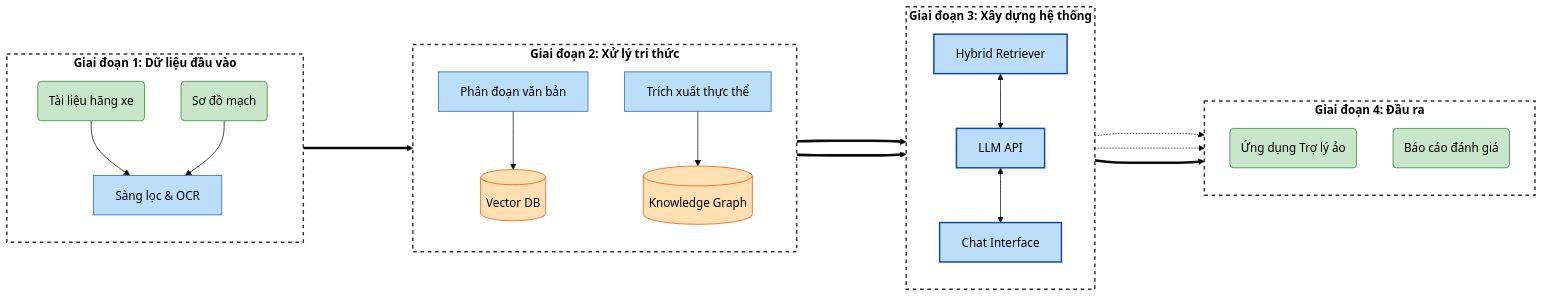
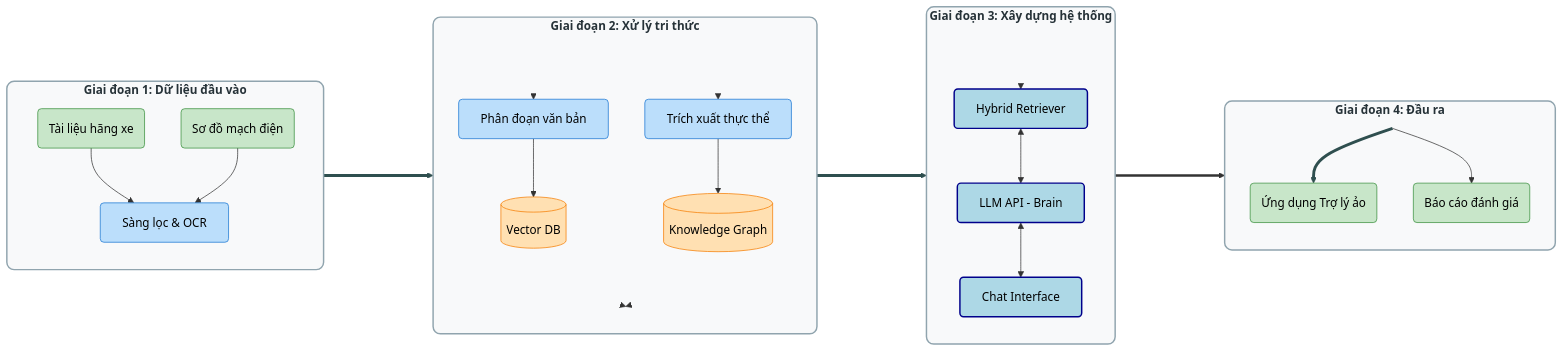
One commit to nguyenluan123450990-ship-it/quy-trinh-so-do changed the diagram in README.md. Above: the diagram before and after it, drawn with Mermaid.

````diff
--- a/README.md
+++ b/README.md
@@ -1,72 +1,99 @@
 ```mermaid
-%%{init: {'theme': 'base', 'themeVariables': { 'primaryColor': '#e3f2fd', 'edgeLabelBackground':'#ffffff', 'tertiaryColor': '#fff3e0'}}}%%
+%%{init: {
+  'theme': 'base',
+  'themeVariables': {
+    'primaryColor': '#e1f5fe',
+    'secondaryColor': '#fff3e0',
+    'tertiaryColor': '#e8f5e9',
+    'mainBkg': '#ffffff',
+    'nodeBorder': '#455a64',
+    'clusterBkg': '#f5f5f5',
+    'clusterBorder': '#90a4ae',
+    'lineColor': '#546e7a',
+    'fontFamily': 'arial, sans-serif'
+  }
+}%%
 graph LR
-    %% --- ĐỊNH NGHĨA STYLE (Làm đẹp) ---
-    classDef container fill:#ffffff,stroke:#333,stroke-width:2px,stroke-dasharray: 5 5,color:#000,font-weight:bold;
-    classDef process fill:#bbdefb,stroke:#1565c0,stroke-width:1px,color:#000;
-    classDef storage fill:#ffe0b2,stroke:#e65100,stroke-width:1px,color:#000,shape:cylinder;
-    classDef inputOutput fill:#c8e6c9,stroke:#2e7d32,stroke-width:1px,color:#000,shape:rect;
+    %% --- ĐỊNH NGHĨA STYLE ---
+    classDef container fill:#f8f9fa,stroke:#90a4ae,stroke-width:2px,rx:10,ry:10,color:#263238,font-weight:bold;
+    classDef process fill:#bbdefb,stroke:#1976d2,stroke-width:1px,rx:5,ry:5,color:#000;
+    classDef storage fill:#ffe0b2,stroke:#f57c00,stroke-width:1px,color:#000,shape:cylinder;
+    classDef inputOutput fill:#c8e6c9,stroke:#388e3c,stroke-width:1px,rx:5,ry:5,color:#000,shape:rect;
+    classDef emptybox width:0px,height:0px,fill:none,stroke:none;
 
     %% --- BẮT ĐẦU SƠ ĐỒ ---
 
     %% Giai đoạn 1
-    subgraph G1 [Giai đoạn 1: Dữ liệu đầu vào]
+    subgraph G1 [  Giai đoạn 1: Dữ liệu đầu vào  ]
         direction TB
         I1(Tài liệu hãng xe):::inputOutput
-        I2(Sơ đồ mạch):::inputOutput
+        I2(Sơ đồ mạch điện):::inputOutput
         P1[Sàng lọc & OCR]:::process
         I1 --> P1
         I2 --> P1
     end
 
-    %% Mũi tên kết nối G1 sang G2
     P1 ====> G2
 
     %% Giai đoạn 2
-    subgraph G2 [Giai đoạn 2: Xử lý tri thức]
+    subgraph G2 [  Giai đoạn 2: Xử lý tri thức  ]
         direction TB
+        startG2[ ]:::emptybox
         P2a[Phân đoạn văn bản]:::process
         P2b[Trích xuất thực thể]:::process
         DB1[(Vector DB)]:::storage
         DB2[(Knowledge Graph)]:::storage
         
+        startG2 --> P2a
+        startG2 --> P2b
         P2a --> DB1
         P2b --> DB2
+        
+        joinG2[ ]:::emptybox
+        DB1 --> joinG2
+        DB2 --> joinG2
     end
+    
+    linkStyle 3,4,7,8 stroke-width:0px,fill:none;
 
-    %% Mũi tên kết nối G2 sang G3
-    DB1 ====> G3
-    DB2 ====> G3
+    joinG2 ====> G3
 
     %% Giai đoạn 3
-    subgraph G3 [Giai đoạn 3: Xây dựng hệ thống]
+    subgraph G3 [  Giai đoạn 3: Xây dựng hệ thống  ]
         direction TB
+        startG3[ ]:::emptybox
         SYS1[Hybrid Retriever]:::process
-        SYS2[LLM API]:::process
+        SYS2[LLM API - Brain]:::process
         SYS3[Chat Interface]:::process
 
+        startG3 --> SYS1
         SYS1 <--> SYS2
         SYS2 <--> SYS3
-        %% Thêm chú thích cho luồng tương tác
-        style SYS1 stroke-width:2px,stroke:#0d47a1
-        style SYS2 stroke-width:2px,stroke:#0d47a1
-        style SYS3 stroke-width:2px,stroke:#0d47a1
+        
+        %% Style sử dụng TÊN MÀU thay vì mã Hex để tránh lỗi
+        style SYS1 stroke-width:2px,stroke:darkblue,fill:lightblue
+        style SYS2 stroke-width:2px,stroke:darkblue,fill:lightblue
+        style SYS3 stroke-width:2px,stroke:darkblue,fill:lightblue
     end
+    
+    linkStyle 10 stroke-width:0px,fill:none;
 
-    %% Mũi tên kết nối G3 sang G4
     SYS3 ====> G4
 
     %% Giai đoạn 4
-    subgraph G4 [Giai đoạn 4: Đầu ra]
+    subgraph G4 [  Giai đoạn 4: Đầu ra  ]
         direction TB
+        startG4[ ]:::emptybox
         O1(Ứng dụng Trợ lý ảo):::inputOutput
         O2(Báo cáo đánh giá):::inputOutput
+        
+        startG4 --> O1
+        startG4 --> O2
     end
 
-    %% Kết nối cuối cùng bên trong G4 (để bố cục đẹp hơn)
-    SYS3 -.-> O1
-    SYS3 -.-> O2
-
-    %% --- ÁP DỤNG STYLE CHO CÁC KHỐI ---
+    %% --- ÁP DỤNG STYLE CHO CÁC KHỐI LỚN ---
     class G1,G2,G3,G4 container;
+    
+    %% Tinh chỉnh các mũi tên lớn (Dùng tên màu 'darkslategray' thay vì mã hex)
+    linkStyle 2,9,14 stroke-width:4px,fill:none,stroke:darkslategray;
 ```
````
